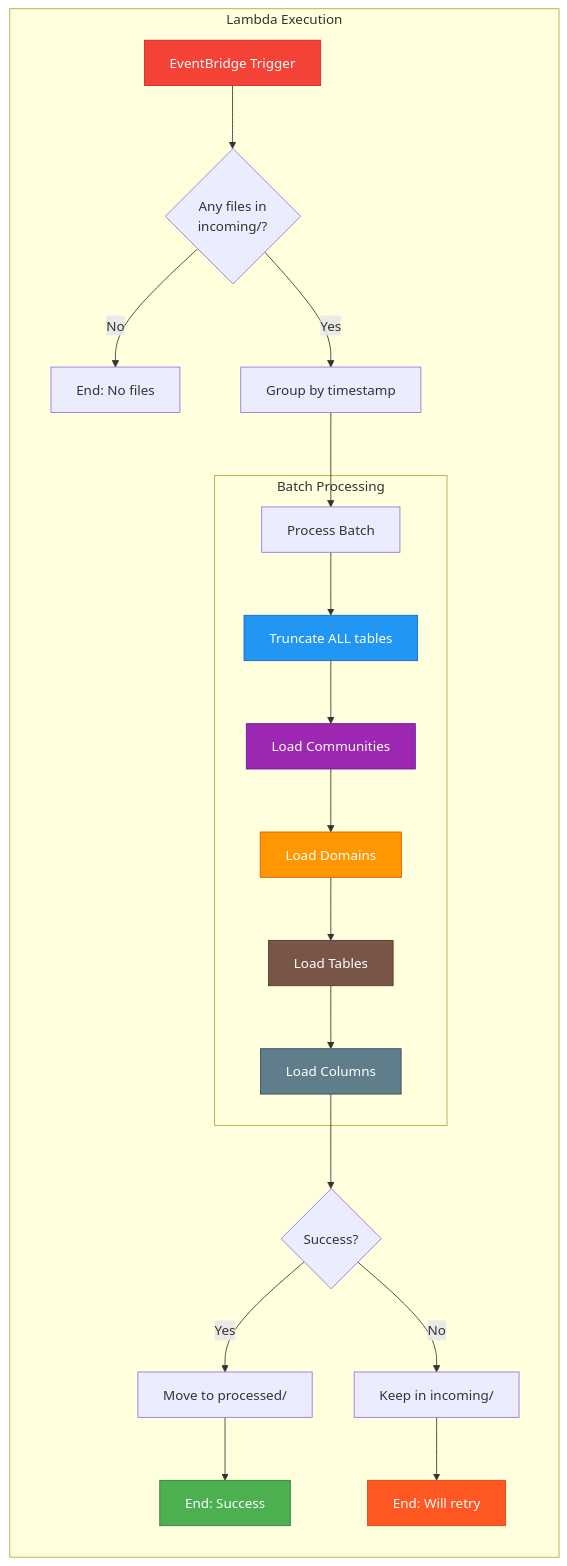
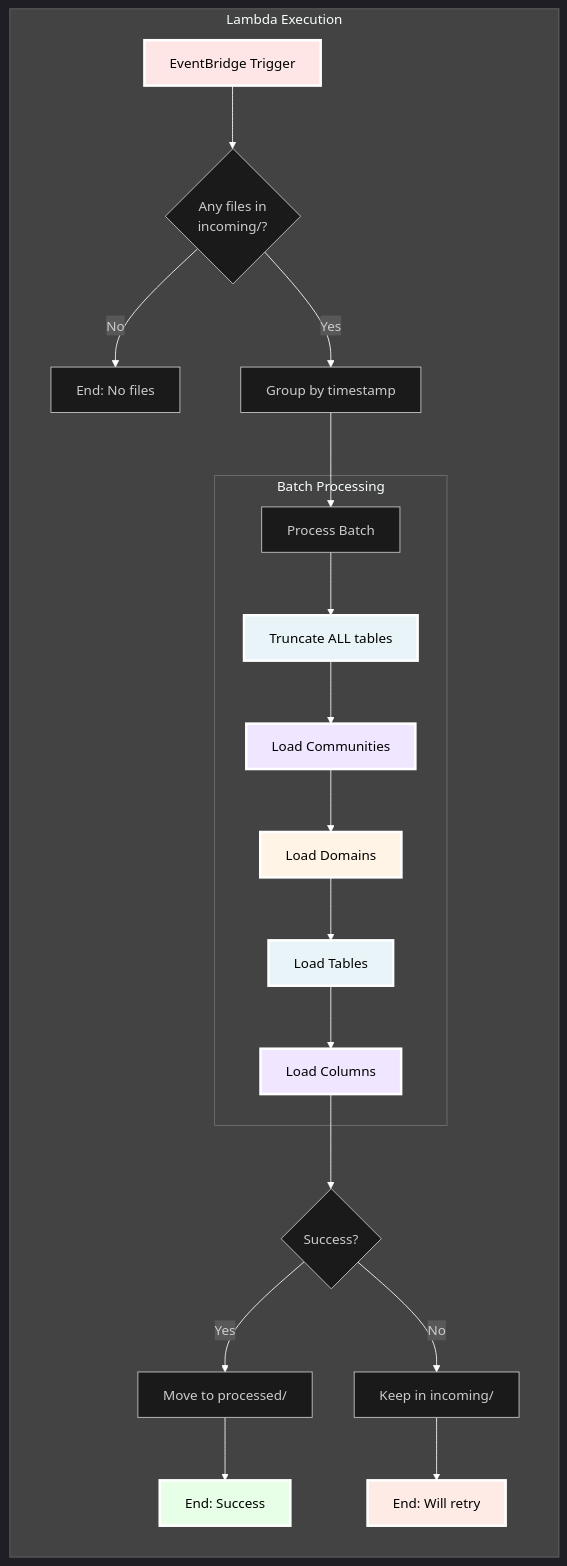
Before and after one commit to GMartin-Data/e1-certification: the third of 7 diagrams in docs/architecture/etl-workflow.md, drawn with Mermaid. The commit also changed other lines of this file, not shown here.

Commit message:
docs: improve graphs readability in etl-workflow.md

````diff
--- a/docs/architecture/etl-workflow.md
+++ b/docs/architecture/etl-workflow.md
@@ -57,34 +104,56 @@
 ```mermaid
+%%{init: {
+  'theme': 'dark',
+  'themeVariables': {
+    'primaryColor': '#1a1a1a',
+    'primaryTextColor': '#ffffff',
+    'primaryBorderColor': '#ffffff',
+    'background': '#000000',
+    'mainBkg': '#1a1a1a',
+    'lineColor': '#ffffff'
+  }
+}}%%
+
 flowchart LR
     subgraph "Lambda Execution"
         A[EventBridge Trigger] --> B{Any files in<br/>incoming/?}
         B -->|No| C[End: No files]
         B -->|Yes| D[Group by timestamp]
 
         D --> E[Process Batch]
 
         subgraph "Batch Processing"
             E --> F[Truncate ALL tables]
             F --> G[Load Communities]
             G --> H[Load Domains]
             H --> I[Load Tables]
             I --> J[Load Columns]
         end
 
         J --> K{Success?}
         K -->|Yes| L[Move to processed/]
         K -->|No| M[Keep in incoming/]
 
         L --> N[End: Success]
         M --> O[End: Will retry]
     end
 
-    style A fill:#F44336,stroke:#C62828,color:#fff
-    style N fill:#4CAF50,stroke:#2E7D32,color:#fff
-    style O fill:#FF5722,stroke:#D84315,color:#fff
-    style F fill:#2196F3,stroke:#1565C0,color:#fff
-    style G fill:#9C27B0,stroke:#6A1B9A,color:#fff
-    style H fill:#FF9800,stroke:#E65100,color:#fff
-    style I fill:#795548,stroke:#4E342E,color:#fff
-    style J fill:#607D8B,stroke:#37474F,color:#fff
+    %% WCAG AA compliant colors optimized for dark background
+    classDef trigger fill:#FFE6E6,stroke:#ffffff,stroke-width:3px,color:#000
+    classDef success fill:#E6FFE6,stroke:#ffffff,stroke-width:3px,color:#000
+    classDef retry fill:#FFEBE6,stroke:#ffffff,stroke-width:3px,color:#000
+    classDef truncate fill:#E8F4F8,stroke:#ffffff,stroke-width:3px,color:#000
+    classDef communities fill:#F0E6FF,stroke:#ffffff,stroke-width:3px,color:#000
+    classDef domains fill:#FFF4E6,stroke:#ffffff,stroke-width:3px,color:#000
+    classDef tables fill:#E8F4F8,stroke:#ffffff,stroke-width:3px,color:#000
+    classDef columns fill:#F0E6FF,stroke:#ffffff,stroke-width:3px,color:#000
+
+    class A trigger
+    class N success
+    class O retry
+    class F truncate
+    class G communities
+    class H domains
+    class I tables
+    class J columns
 ```
````
